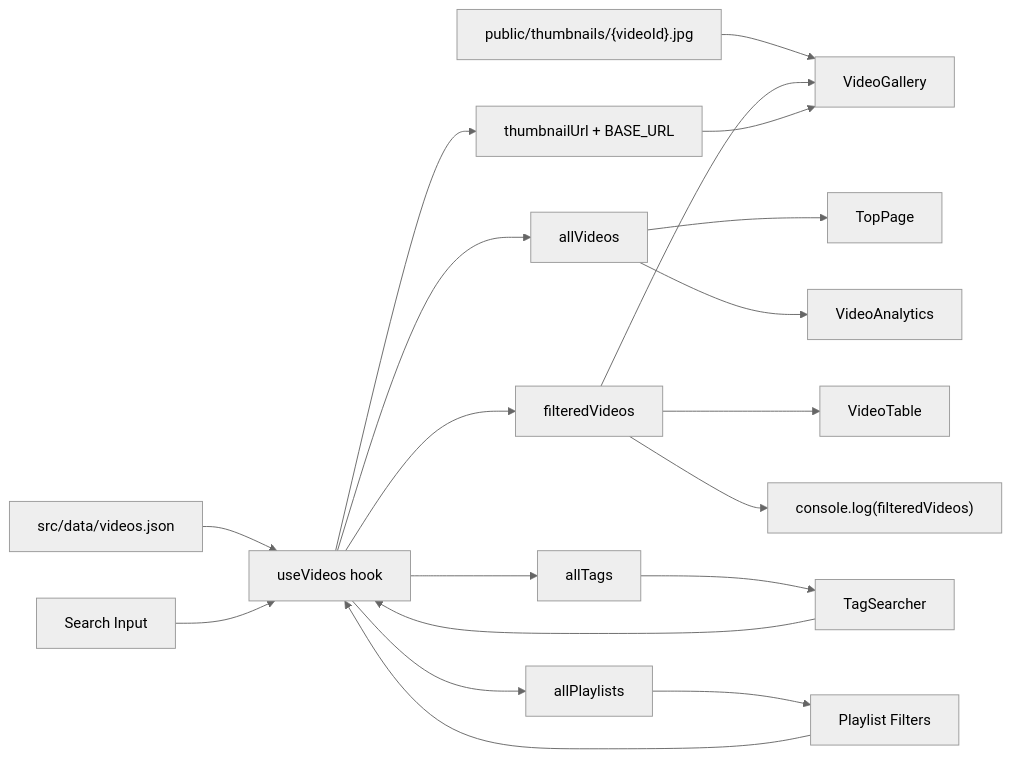
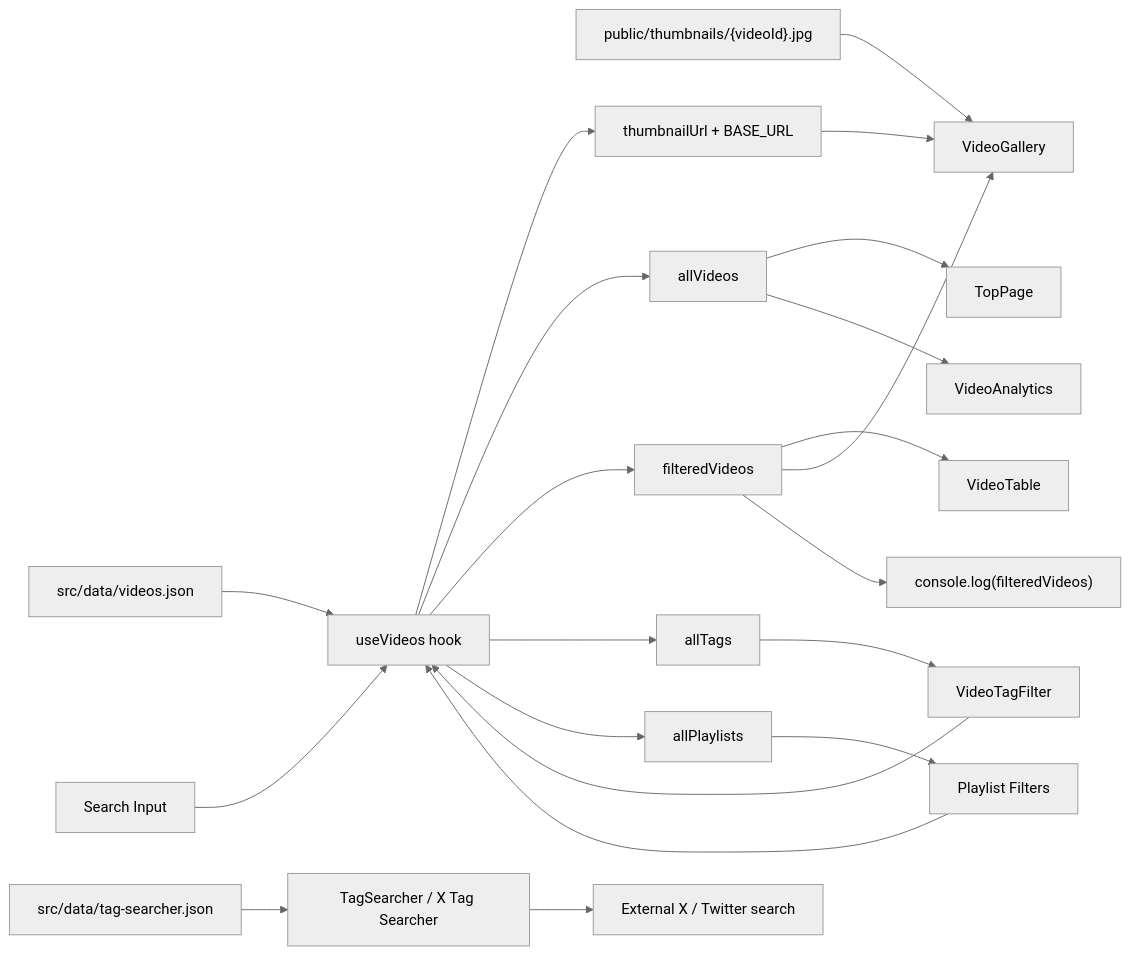
One commit to hsiao93524/vite-vtb-himari-profile changed the first of 2 diagrams in docs/ref/legacy-overview/data-flow.md. Above: the diagram before and after it, drawn with Mermaid (neutral theme). The commit also changed other lines of this file and 3 other files, not shown here.

First line of the commit message:
docs: update X Tag Searcher wording

````diff
--- a/docs/ref/legacy-overview/data-flow.md
+++ b/docs/ref/legacy-overview/data-flow.md
@@ -83,25 +85,27 @@
 ```mermaid
 flowchart LR
   A["src/data/videos.json"] --> B["useVideos hook"]
   P["public/thumbnails/{videoId}.jpg"] --> J["VideoGallery"]
 
   B --> U["thumbnailUrl + BASE_URL"]
   B --> C["allVideos"]
   B --> D["filteredVideos"]
   B --> E["allTags"]
   B --> F["allPlaylists"]
 
   C --> G["TopPage"]
   C --> H["VideoAnalytics"]
   D --> I["VideoTable"]
   D --> J
   U --> J
-  E --> K["TagSearcher"]
+  E --> K["VideoTagFilter"]
   F --> L["Playlist Filters"]
+  Q["src/data/tag-searcher.json"] --> R["TagSearcher / X Tag Searcher"]
+  R --> S["External X / Twitter search"]
 
   K --> B
   L --> B
   M["Search Input"] --> B
 
   D --> N["console.log(filteredVideos)"]
 ```
````
